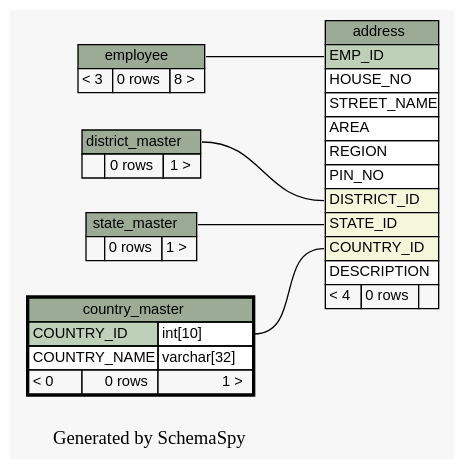
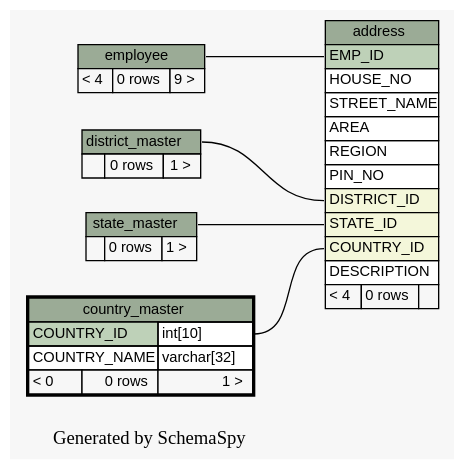
Before and after one commit to engineerscraft/hrms: the diagram in docs/database/schemaspy/graphs/country_master.2degrees.dot, drawn with Graphviz. The commit also changed 201 other files, not shown here.

```diff
--- a/docs/database/schemaspy/graphs/country_master.2degrees.dot
+++ b/docs/database/schemaspy/graphs/country_master.2degrees.dot
@@ -1,78 +1,78 @@
 // dot 2.38.0 on Windows 7 6.1
 digraph "twoDegreesRelationshipsGraph" {
   graph [
     rankdir="RL"
     bgcolor="#f7f7f7"
     label="\nGenerated by SchemaSpy"
     labeljust="l"
   ];
   node [
     fontname="Helvetica"
     fontsize="11"
     shape="plaintext"
   ];
   edge [
     arrowsize="0.8"
   ];
   "address":"COUNTRY_ID":w -> "country_master":"COUNTRY_ID.type":e [arrowtail=crowodot arrowhead=none];
   "address":"DISTRICT_ID":w -> "district_master":"district_master.heading":e [arrowtail=crowodot arrowhead=none];
   "address":"EMP_ID":w -> "employee":"employee.heading":e [arrowtail=tee arrowhead=none];
   "address":"STATE_ID":w -> "state_master":"state_master.heading":e [arrowtail=crowodot arrowhead=none];
   "address" [
     label=<
     <TABLE BORDER="0" CELLBORDER="1" CELLSPACING="0" BGCOLOR="#ffffff">
       <TR><TD PORT="address.heading" COLSPAN="3" BGCOLOR="#9bab96" ALIGN="CENTER">address</TD></TR>
       <TR><TD PORT="EMP_ID" COLSPAN="3" BGCOLOR="#bed1b8" ALIGN="LEFT">EMP_ID</TD></TR>
       <TR><TD PORT="HOUSE_NO" COLSPAN="3" ALIGN="LEFT">HOUSE_NO</TD></TR>
       <TR><TD PORT="STREET_NAME" COLSPAN="3" ALIGN="LEFT">STREET_NAME</TD></TR>
       <TR><TD PORT="AREA" COLSPAN="3" ALIGN="LEFT">AREA</TD></TR>
       <TR><TD PORT="REGION" COLSPAN="3" ALIGN="LEFT">REGION</TD></TR>
       <TR><TD PORT="PIN_NO" COLSPAN="3" ALIGN="LEFT">PIN_NO</TD></TR>
       <TR><TD PORT="DISTRICT_ID" COLSPAN="3" BGCOLOR="#f4f7da" ALIGN="LEFT">DISTRICT_ID</TD></TR>
       <TR><TD PORT="STATE_ID" COLSPAN="3" BGCOLOR="#f4f7da" ALIGN="LEFT">STATE_ID</TD></TR>
       <TR><TD PORT="COUNTRY_ID" COLSPAN="3" BGCOLOR="#f4f7da" ALIGN="LEFT">COUNTRY_ID</TD></TR>
       <TR><TD PORT="DESCRIPTION" COLSPAN="3" ALIGN="LEFT">DESCRIPTION</TD></TR>
       <TR><TD ALIGN="LEFT" BGCOLOR="#f7f7f7">&lt; 4</TD><TD ALIGN="RIGHT" BGCOLOR="#f7f7f7">0 rows</TD><TD ALIGN="RIGHT" BGCOLOR="#f7f7f7">  </TD></TR>
     </TABLE>>
     URL="address.html#graph"
     tooltip="address"
   ];
   "country_master" [
     label=<
     <TABLE BORDER="2" CELLBORDER="1" CELLSPACING="0" BGCOLOR="#ffffff">
       <TR><TD PORT="country_master.heading" COLSPAN="3" BGCOLOR="#9bab96" ALIGN="CENTER">country_master</TD></TR>
       <TR><TD PORT="COUNTRY_ID" COLSPAN="2" BGCOLOR="#bed1b8" ALIGN="LEFT">COUNTRY_ID</TD><TD PORT="COUNTRY_ID.type" ALIGN="LEFT">int[10]</TD></TR>
       <TR><TD PORT="COUNTRY_NAME" COLSPAN="2" ALIGN="LEFT">COUNTRY_NAME</TD><TD PORT="COUNTRY_NAME.type" ALIGN="LEFT">varchar[32]</TD></TR>
       <TR><TD ALIGN="LEFT" BGCOLOR="#f7f7f7">&lt; 0</TD><TD ALIGN="RIGHT" BGCOLOR="#f7f7f7">0 rows</TD><TD ALIGN="RIGHT" BGCOLOR="#f7f7f7">1 &gt;</TD></TR>
     </TABLE>>
     URL="country_master.html#"
     tooltip="country_master"
   ];
   "district_master" [
     label=<
     <TABLE BORDER="0" CELLBORDER="1" CELLSPACING="0" BGCOLOR="#ffffff">
       <TR><TD PORT="district_master.heading" COLSPAN="3" BGCOLOR="#9bab96" ALIGN="CENTER">district_master</TD></TR>
       <TR><TD ALIGN="LEFT" BGCOLOR="#f7f7f7">  </TD><TD ALIGN="RIGHT" BGCOLOR="#f7f7f7">0 rows</TD><TD ALIGN="RIGHT" BGCOLOR="#f7f7f7">1 &gt;</TD></TR>
     </TABLE>>
     URL="district_master.html#graph"
     tooltip="district_master"
   ];
   "employee" [
     label=<
     <TABLE BORDER="0" CELLBORDER="1" CELLSPACING="0" BGCOLOR="#ffffff">
       <TR><TD PORT="employee.heading" COLSPAN="3" BGCOLOR="#9bab96" ALIGN="CENTER">employee</TD></TR>
-      <TR><TD ALIGN="LEFT" BGCOLOR="#f7f7f7">&lt; 3</TD><TD ALIGN="RIGHT" BGCOLOR="#f7f7f7">0 rows</TD><TD ALIGN="RIGHT" BGCOLOR="#f7f7f7">8 &gt;</TD></TR>
+      <TR><TD ALIGN="LEFT" BGCOLOR="#f7f7f7">&lt; 4</TD><TD ALIGN="RIGHT" BGCOLOR="#f7f7f7">0 rows</TD><TD ALIGN="RIGHT" BGCOLOR="#f7f7f7">9 &gt;</TD></TR>
     </TABLE>>
     URL="employee.html#graph"
     tooltip="employee"
   ];
   "state_master" [
     label=<
     <TABLE BORDER="0" CELLBORDER="1" CELLSPACING="0" BGCOLOR="#ffffff">
       <TR><TD PORT="state_master.heading" COLSPAN="3" BGCOLOR="#9bab96" ALIGN="CENTER">state_master</TD></TR>
       <TR><TD ALIGN="LEFT" BGCOLOR="#f7f7f7">  </TD><TD ALIGN="RIGHT" BGCOLOR="#f7f7f7">0 rows</TD><TD ALIGN="RIGHT" BGCOLOR="#f7f7f7">1 &gt;</TD></TR>
     </TABLE>>
     URL="state_master.html#graph"
     tooltip="state_master"
   ];
 }
```
